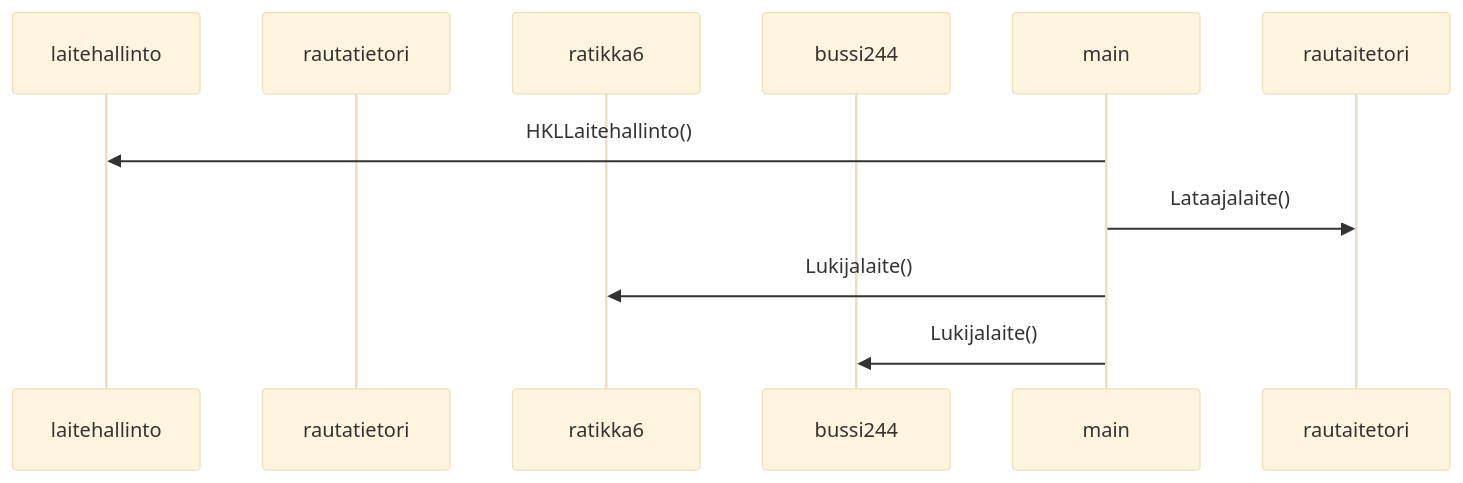
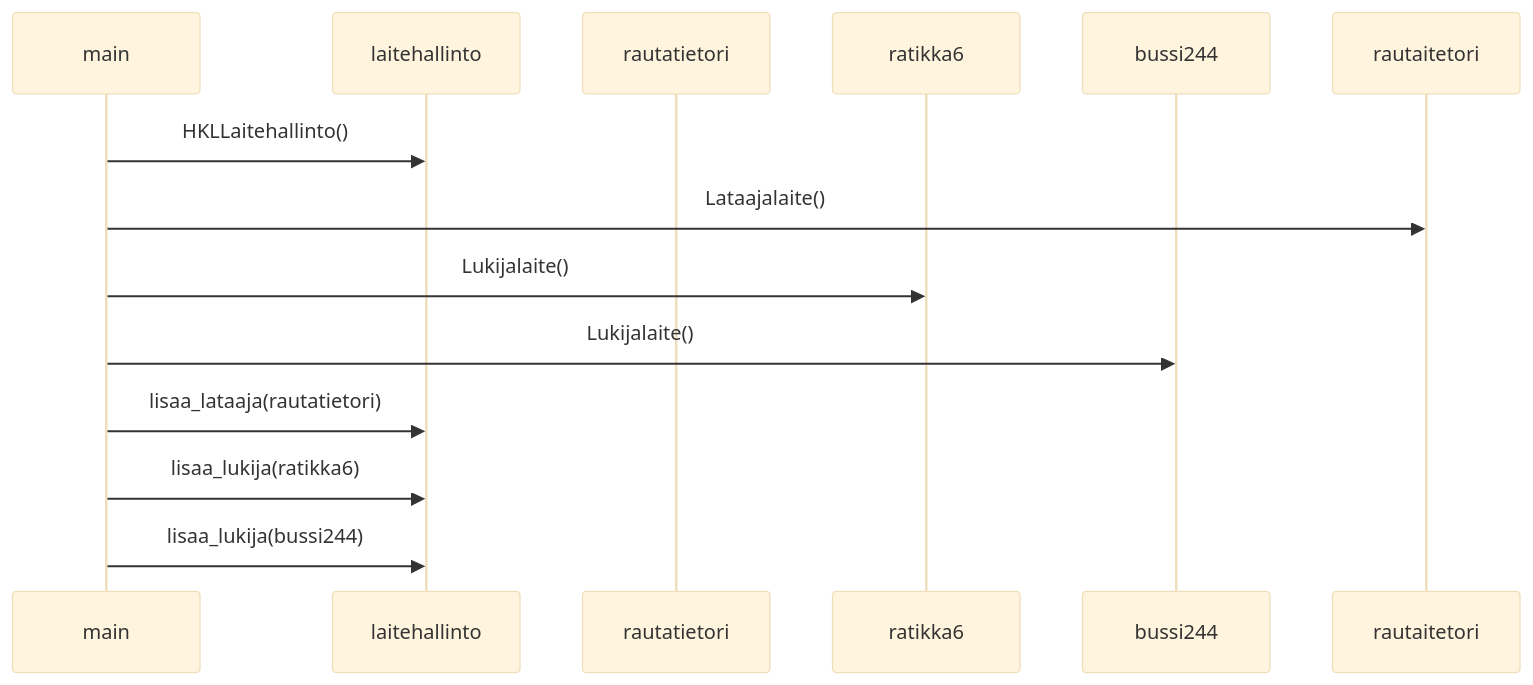
One commit to annica-henriette/ot-harjoitustyo changed the diagram in laskarit/viikko3/sekvenssikaavio.md. Above: the diagram before and after it, drawn with Mermaid (base theme).

Commit message:
added sequence diagram

````diff
--- a/laskarit/viikko3/sekvenssikaavio.md
+++ b/laskarit/viikko3/sekvenssikaavio.md
@@ -1,12 +1,16 @@
 ```mermaid
 sequenceDiagram
+    participant main
     participant laitehallinto
     participant rautatietori
     participant ratikka6
     participant bussi244
 
     main->>laitehallinto: HKLLaitehallinto()
     main->>rautaitetori: Lataajalaite()
     main->>ratikka6: Lukijalaite()
     main->>bussi244: Lukijalaite()
+    main->>laitehallinto: lisaa_lataaja(rautatietori)
+    main->>laitehallinto: lisaa_lukija(ratikka6)
+    main->>laitehallinto: lisaa_lukija(bussi244)
 ```
````
